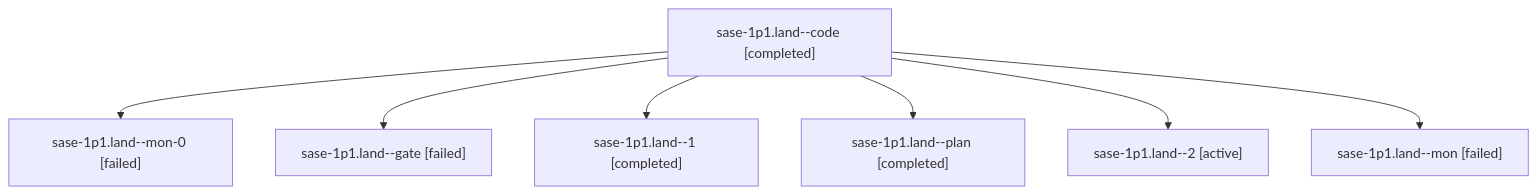
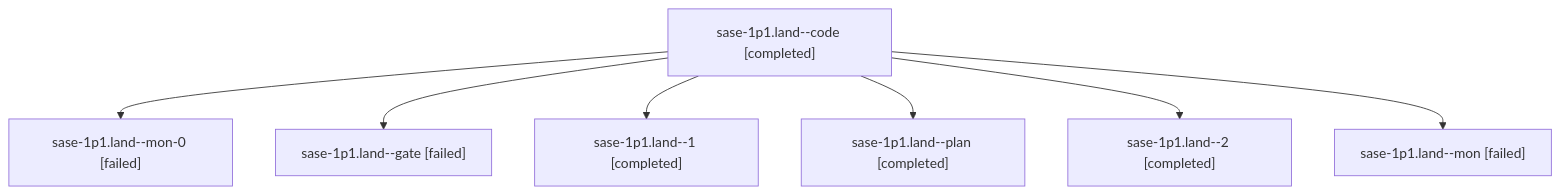
One commit to sase-org/sase--agents changed the diagram in sessions/bbugyi200.athena.sase-1p1.land.md. Above: the diagram before and after it, drawn with Mermaid. The commit also changed other lines of this file and 86 other files, not shown here.

````diff
--- a/sessions/bbugyi200.athena.sase-1p1.land.md
+++ b/sessions/bbugyi200.athena.sase-1p1.land.md
@@ -9,16 +9,16 @@
 ```mermaid
 flowchart TD
   n0["sase-1p1.land--code [completed]"]
   n1["sase-1p1.land--mon-0 [failed]"]
   n0 --> n1
   n2["sase-1p1.land--gate [failed]"]
   n0 --> n2
   n3["sase-1p1.land--1 [completed]"]
   n0 --> n3
   n4["sase-1p1.land--plan [completed]"]
   n0 --> n4
-  n5["sase-1p1.land--2 [active]"]
+  n5["sase-1p1.land--2 [completed]"]
   n0 --> n5
   n6["sase-1p1.land--mon [failed]"]
   n0 --> n6
 ```
````
